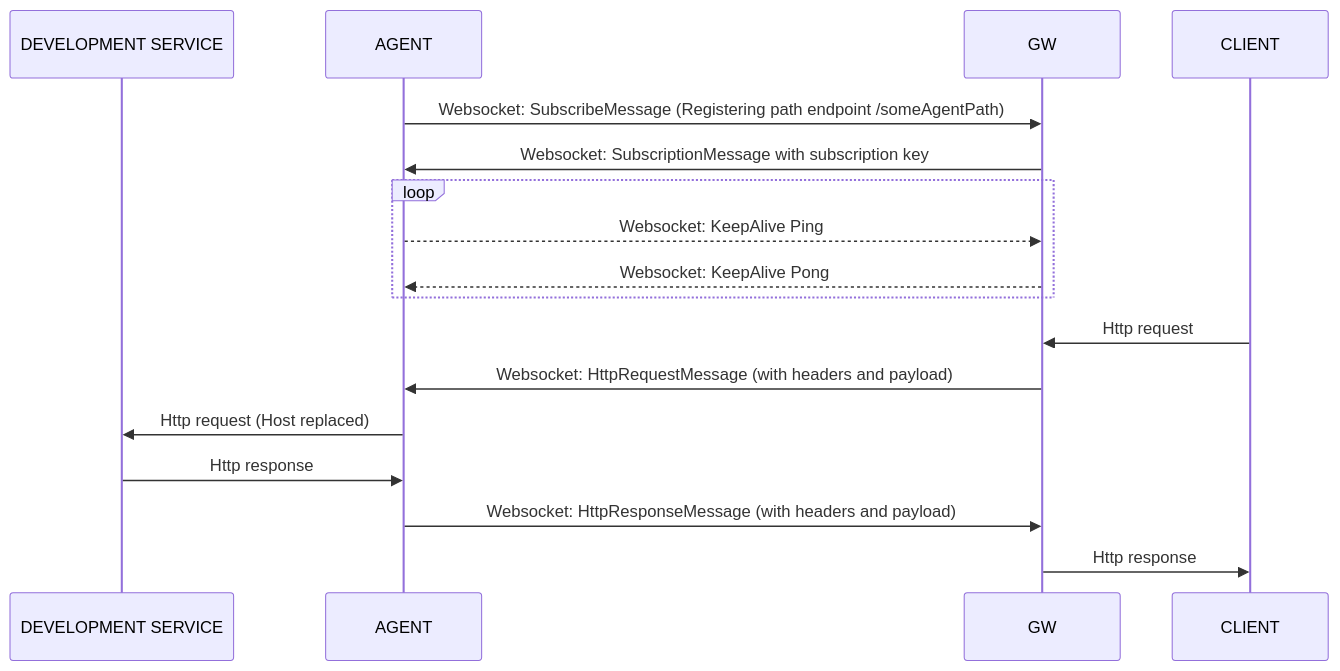
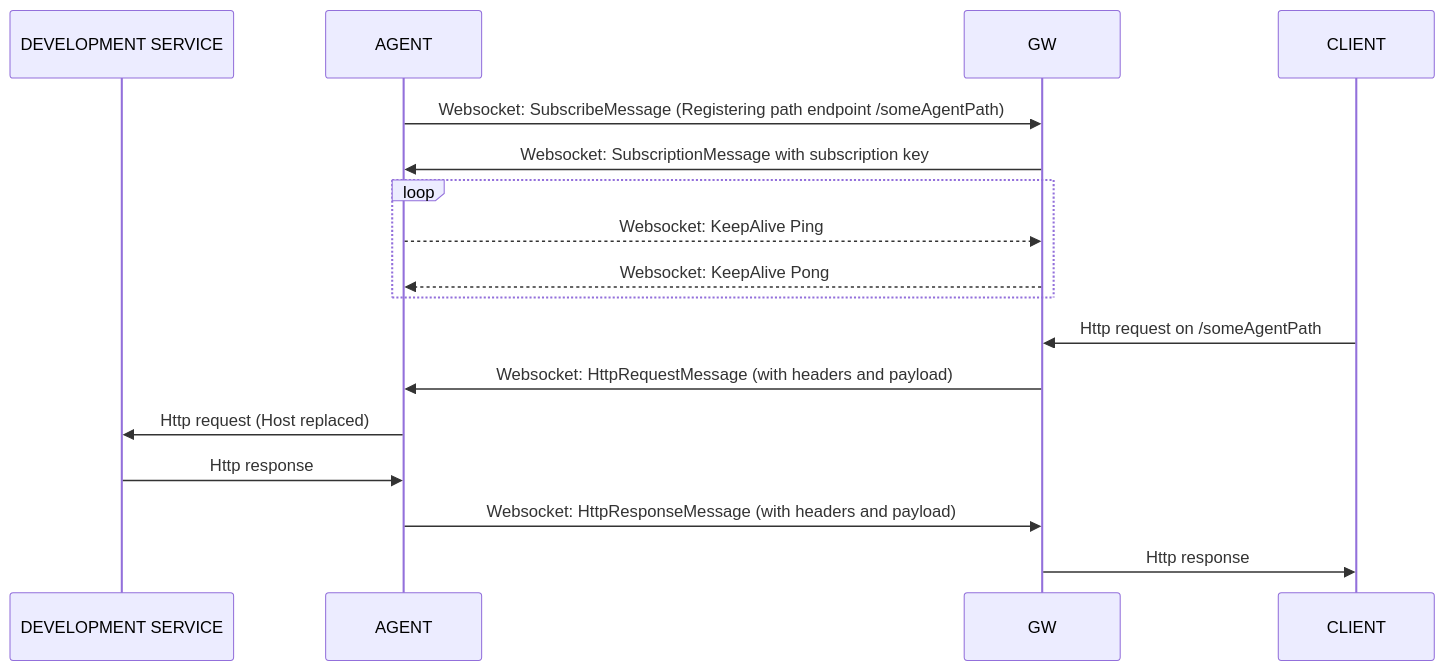
The diagram in README.md (Dr-Dream/rest-to-rest-proxy), drawn with Mermaid before and after one commit. The commit also changed other lines of this file, not shown here.

Commit message:
Some docs

````diff
--- a/README.md
+++ b/README.md
@@ -23,19 +23,19 @@
 ```mermaid
 sequenceDiagram
     participant DEVELOPMENT SERVICE
     participant AGENT
     participant GW
     participant CLIENT
     AGENT ->> GW: Websocket: SubscribeMessage (Registering path endpoint /someAgentPath)
     GW ->> AGENT: Websocket: SubscriptionMessage with subscription key
     loop 
         AGENT -->> GW: Websocket: KeepAlive Ping
         GW -->> AGENT: Websocket: KeepAlive Pong
     end
-    CLIENT ->> GW: Http request
+    CLIENT ->> GW: Http request on /someAgentPath
     GW ->> AGENT: Websocket: HttpRequestMessage (with headers and payload)
     AGENT ->> DEVELOPMENT SERVICE: Http request (Host replaced)
     DEVELOPMENT SERVICE ->> AGENT: Http response
     AGENT ->> GW: Websocket: HttpResponseMessage (with headers and payload)
     GW ->> CLIENT: Http response
 ```
````
